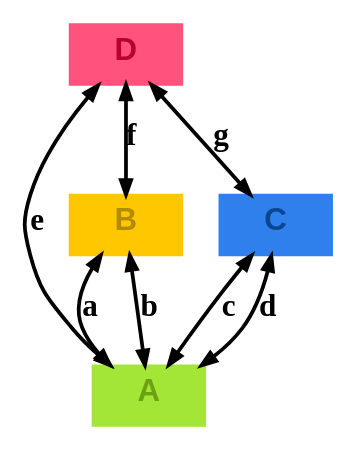
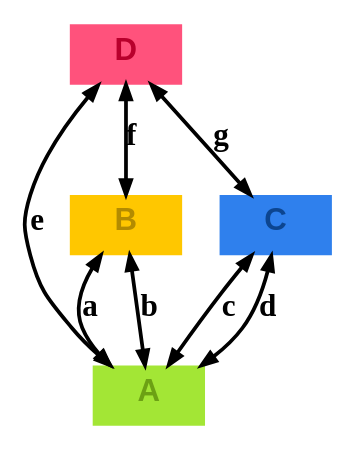
One commit to m-bock/purescript-transit changed the diagram in renders/bridges-koenigsberg_graph-light.dot. Above: the diagram before and after it, drawn with Graphviz. The commit also changed 33 other files, not shown here.

Commit message:
Update Graphviz rendering

```diff
--- a/renders/bridges-koenigsberg_graph-light.dot
+++ b/renders/bridges-koenigsberg_graph-light.dot
@@ -1,15 +1,15 @@
 digraph 
 {
 rankdir = "TD";fontname = "Arial";labelloc = "t";fontsize = 15.0;bgcolor = "#ffffff";color = "#000000";fontcolor = "#000000";layout = "dot";rankdir = "TD"
-A [shape = "box", label = <<b>A</b>>, fontsize = 15.0, style = "filled", fillcolor = "#a3e635", fontcolor = "#6ca114", color = "#a3e635", fontname = "Arial", labelloc = "c", penwidth = 1.0, height = 0.4]
-B [shape = "box", label = <<b>B</b>>, fontsize = 15.0, style = "filled", fillcolor = "#ffc700", fontcolor = "#b38b00", color = "#ffc700", fontname = "Arial", labelloc = "c", penwidth = 1.0, height = 0.4]
+A [shape = "box", label = <<b>A</b>>, fontsize = 15.0, style = "filled", fillcolor = "#a3e635", fontcolor = "#6ca114", color = "#a3e635", fontname = "Arial", labelloc = "c", penwidth = 0.0, height = 0.4]
+B [shape = "box", label = <<b>B</b>>, fontsize = 15.0, style = "filled", fillcolor = "#ffc700", fontcolor = "#b38b00", color = "#ffc700", fontname = "Arial", labelloc = "c", penwidth = 0.0, height = 0.4]
 B -> A [color = "#000000", fontcolor = "#000000", fontsize = 15.0, label = <<b>a</b>>, arrowsize = "0.7", penwidth = 1.8, dir = "both"]
 B -> A [color = "#000000", fontcolor = "#000000", fontsize = 15.0, label = <<b>b</b>>, arrowsize = "0.7", penwidth = 1.8, dir = "both"]
-C [shape = "box", label = <<b>C</b>>, fontsize = 15.0, style = "filled", fillcolor = "#2f80ed", fontcolor = "#0c4590", color = "#2f80ed", fontname = "Arial", labelloc = "c", penwidth = 1.0, height = 0.4]
+C [shape = "box", label = <<b>C</b>>, fontsize = 15.0, style = "filled", fillcolor = "#2f80ed", fontcolor = "#0c4590", color = "#2f80ed", fontname = "Arial", labelloc = "c", penwidth = 0.0, height = 0.4]
 C -> A [color = "#000000", fontcolor = "#000000", fontsize = 15.0, label = <<b>c</b>>, arrowsize = "0.7", penwidth = 1.8, dir = "both"]
 C -> A [color = "#000000", fontcolor = "#000000", fontsize = 15.0, label = <<b>d</b>>, arrowsize = "0.7", penwidth = 1.8, dir = "both"]
-D [shape = "box", label = <<b>D</b>>, fontsize = 15.0, style = "filled", fillcolor = "#ff527c", fontcolor = "#b8002c", color = "#ff527c", fontname = "Arial", labelloc = "c", penwidth = 1.0, height = 0.4]
+D [shape = "box", label = <<b>D</b>>, fontsize = 15.0, style = "filled", fillcolor = "#ff527c", fontcolor = "#b8002c", color = "#ff527c", fontname = "Arial", labelloc = "c", penwidth = 0.0, height = 0.4]
 D -> A [color = "#000000", fontcolor = "#000000", fontsize = 15.0, label = <<b>e</b>>, arrowsize = "0.7", penwidth = 1.8, dir = "both"]
 D -> B [color = "#000000", fontcolor = "#000000", fontsize = 15.0, label = <<b>f</b>>, arrowsize = "0.7", penwidth = 1.8, dir = "both"]
 D -> C [color = "#000000", fontcolor = "#000000", fontsize = 15.0, label = <<b>g</b>>, arrowsize = "0.7", penwidth = 1.8, dir = "both"]
 }
```
